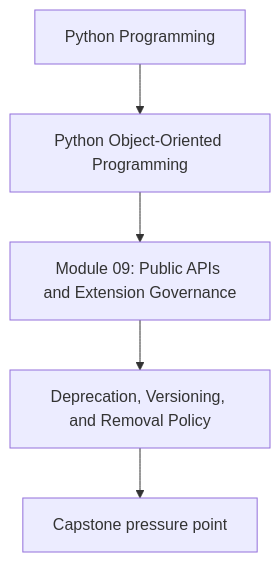
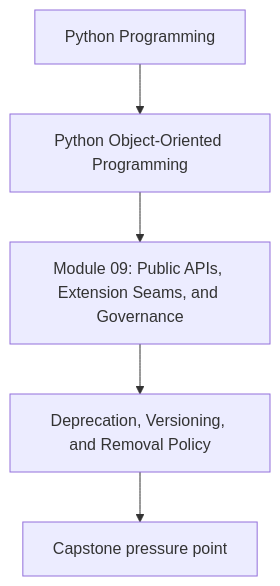
The first of 2 diagrams in programs/python-programming/python-object-oriented-programming/course-book/module-09-public-apis-and-extension-governance/deprecation-versioning-and-removal-policy.md (bijux/bijux-masterclass), drawn with Mermaid before and after one commit. The commit also changed 241 other files, not shown here.

````diff
--- a/programs/python-programming/python-object-oriented-programming/course-book/module-09-public-apis-and-extension-governance/deprecation-versioning-and-removal-policy.md
+++ b/programs/python-programming/python-object-oriented-programming/course-book/module-09-public-apis-and-extension-governance/deprecation-versioning-and-removal-policy.md
@@ -7,7 +7,7 @@
 ```mermaid
 flowchart TD
   family["Python Programming"] --> program["Python Object-Oriented Programming"]
-  program --> module["Module 09: Public APIs and Extension Governance"]
+  program --> module["Module 09: Public APIs, Extension Seams, and Governance"]
   module --> concept["Deprecation, Versioning, and Removal Policy"]
   concept --> capstone["Capstone pressure point"]
 ```
````
